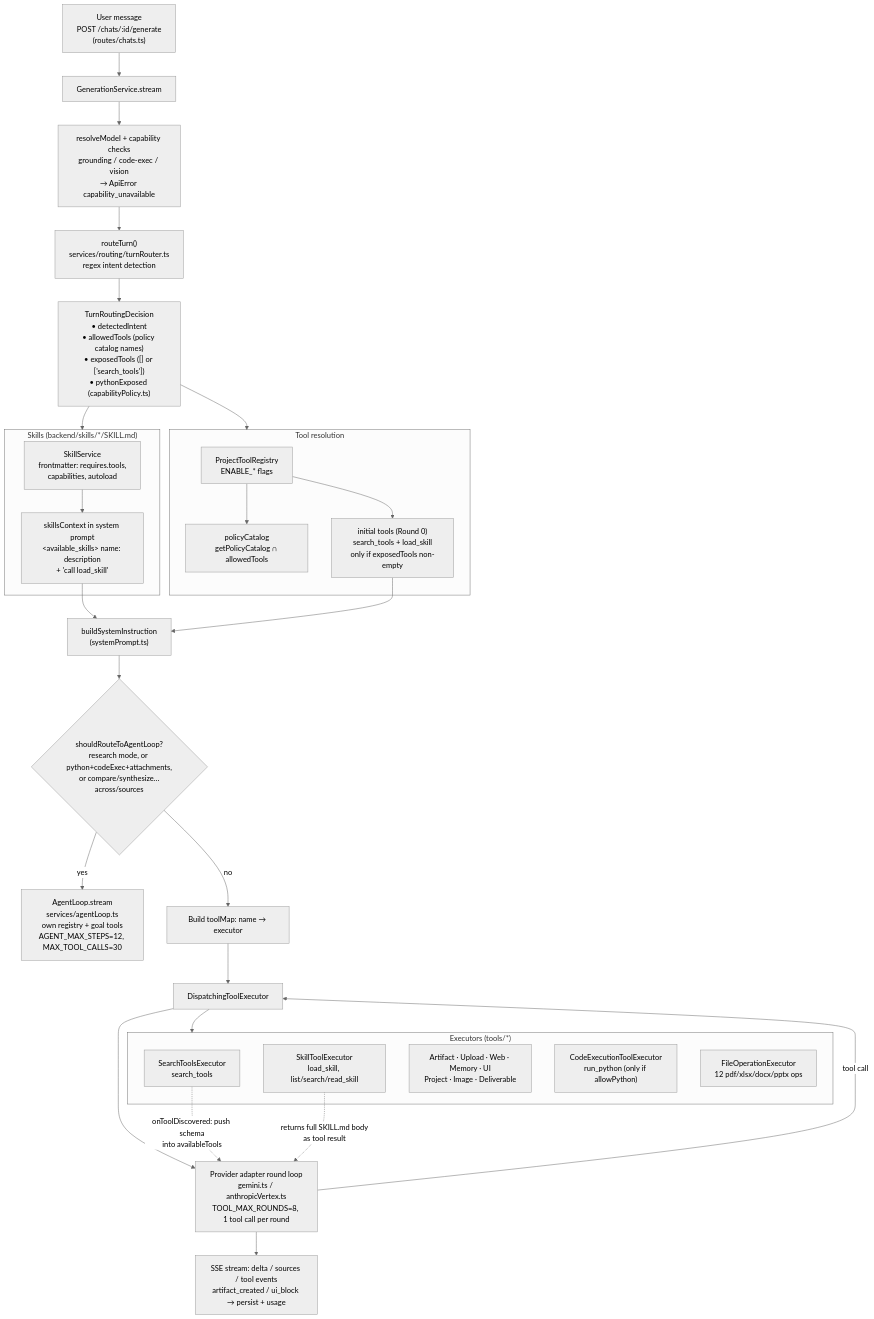
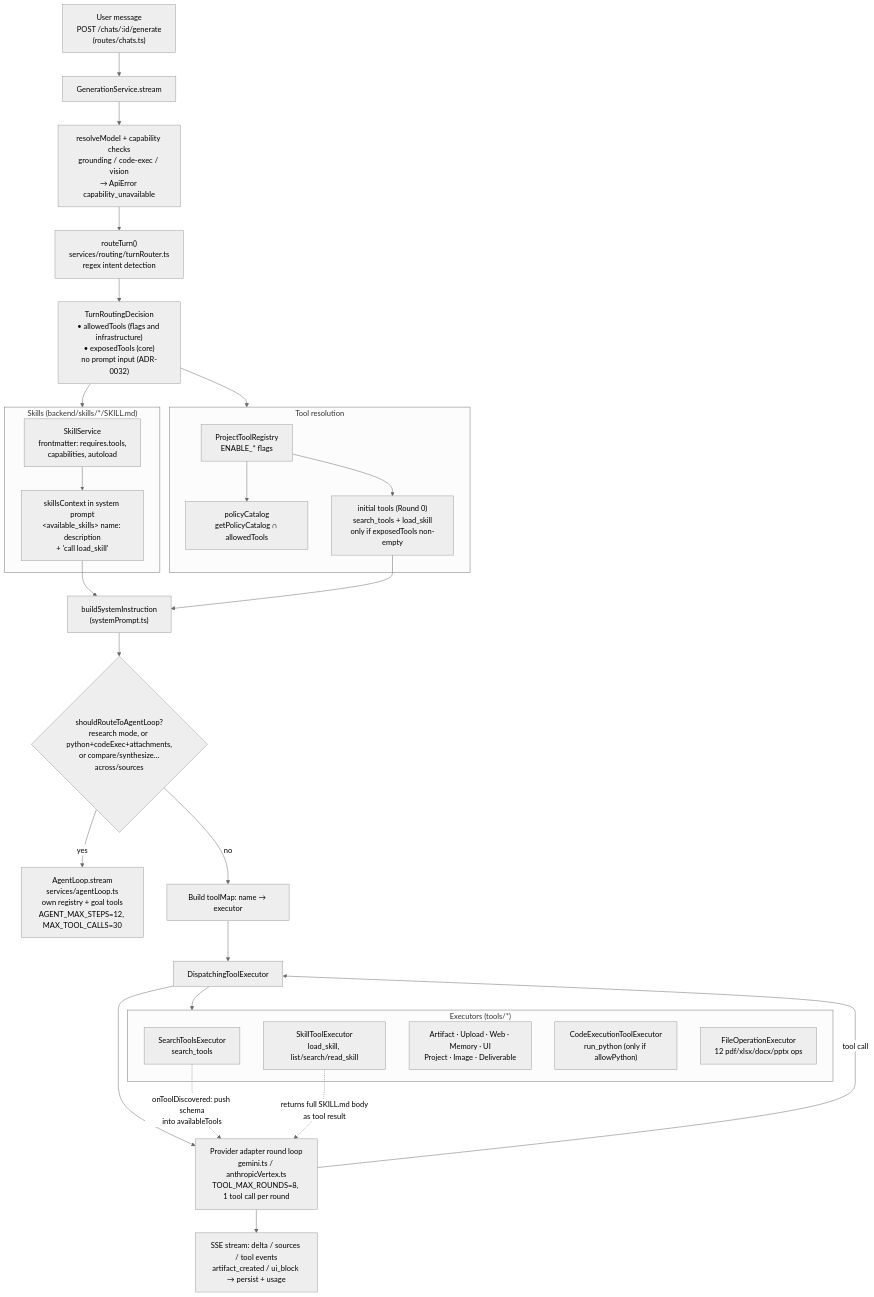
Before and after one commit to sabarisv15/arcnave-tech: the diagram in docs/tools-skills-architecture.md, drawn with Mermaid (neutral theme). The commit also changed other lines of this file and 23 other files, not shown here.

````diff
--- a/docs/tools-skills-architecture.md
+++ b/docs/tools-skills-architecture.md
@@ -8,50 +8,50 @@
 ```mermaid
 flowchart TD
     U["User message<br/>POST /chats/:id/generate<br/>(routes/chats.ts)"] --> G["GenerationService.stream"]
     G --> M["resolveModel + capability checks<br/>grounding / code-exec / vision<br/>→ ApiError capability_unavailable"]
     M --> R["routeTurn()<br/>services/routing/turnRouter.ts<br/>regex intent detection"]
 
-    R --> RD["TurnRoutingDecision<br/>• detectedIntent<br/>• allowedTools (policy catalog names)<br/>• exposedTools ([] or ['search_tools'])<br/>• pythonExposed (capabilityPolicy.ts)"]
+    R --> RD["TurnRoutingDecision<br/>• allowedTools (flags and infrastructure)<br/>• exposedTools (core)<br/>no prompt input (ADR-0032)"]
 
     subgraph SK["Skills (backend/skills/*/SKILL.md)"]
         SS["SkillService<br/>frontmatter: requires.tools,<br/>capabilities, autoload"]
         SC["skillsContext in system prompt<br/>&lt;available_skills&gt; name: description<br/>+ 'call load_skill'"]
         SS --> SC
     end
 
     subgraph TR["Tool resolution"]
         PTR["ProjectToolRegistry<br/>ENABLE_* flags"]
         PC["policyCatalog<br/>getPolicyCatalog ∩ allowedTools"]
         IT["initial tools (Round 0)<br/>search_tools + load_skill<br/>only if exposedTools non-empty"]
         PTR --> PC
         PTR --> IT
     end
 
     RD --> SK
     RD --> TR
 
     SC --> SP["buildSystemInstruction<br/>(systemPrompt.ts)"]
     IT --> SP
 
     SP --> AL{"shouldRouteToAgentLoop?<br/>research mode, or python+codeExec+attachments,<br/>or compare/synthesize…across/sources"}
     AL -- yes --> AG["AgentLoop.stream<br/>services/agentLoop.ts<br/>own registry + goal tools<br/>AGENT_MAX_STEPS=12, MAX_TOOL_CALLS=30"]
     AL -- no --> TM["Build toolMap: name → executor"]
 
     TM --> DX["DispatchingToolExecutor"]
     DX --> PV["Provider adapter round loop<br/>gemini.ts / anthropicVertex.ts<br/>TOOL_MAX_ROUNDS=8, 1 tool call per round"]
 
     PV -- "tool call" --> DX
     DX --> EX
 
     subgraph EX["Executors (tools/*)"]
         E1["SearchToolsExecutor<br/>search_tools"]
         E2["SkillToolExecutor<br/>load_skill, list/search/read_skill"]
         E3["Artifact · Upload · Web · Memory · UI<br/>Project · Image · Deliverable"]
         E4["CodeExecutionToolExecutor<br/>run_python (only if allowPython)"]
         E5["FileOperationExecutor<br/>12 pdf/xlsx/docx/pptx ops"]
     end
 
     E1 -. "onToolDiscovered: push schema<br/>into availableTools" .-> PV
     E2 -. "returns full SKILL.md body<br/>as tool result" .-> PV
     PV --> OUT["SSE stream: delta / sources / tool events<br/>artifact_created / ui_block → persist + usage"]
 ```
````
